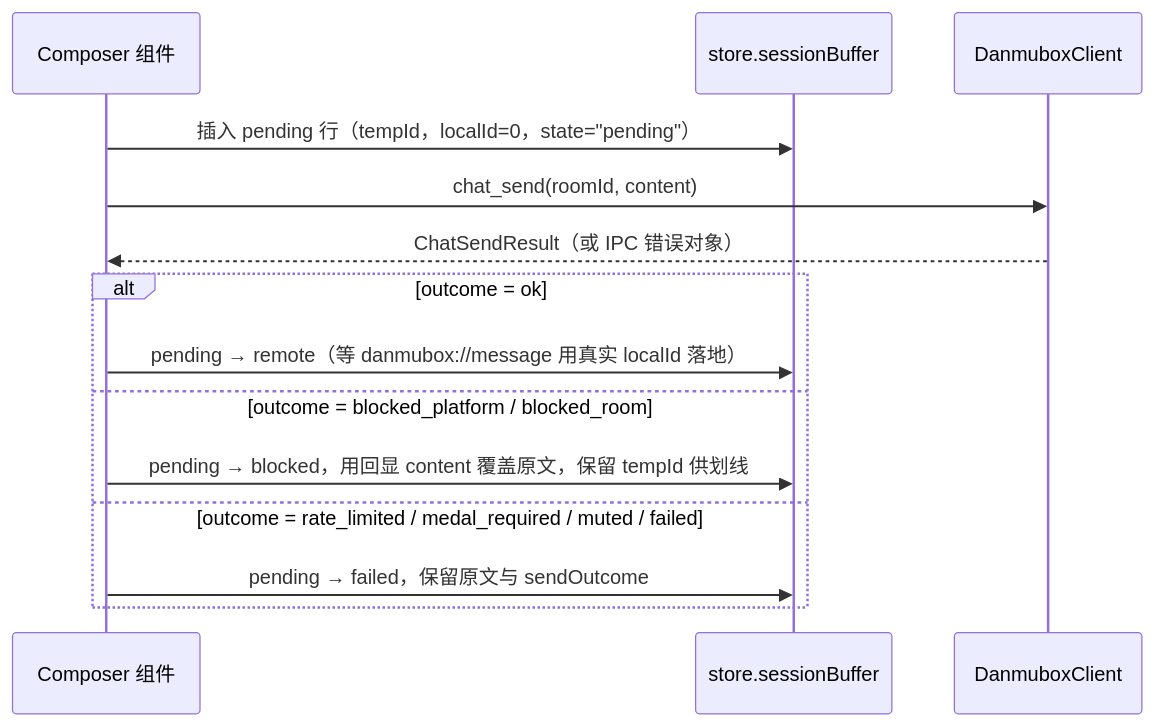
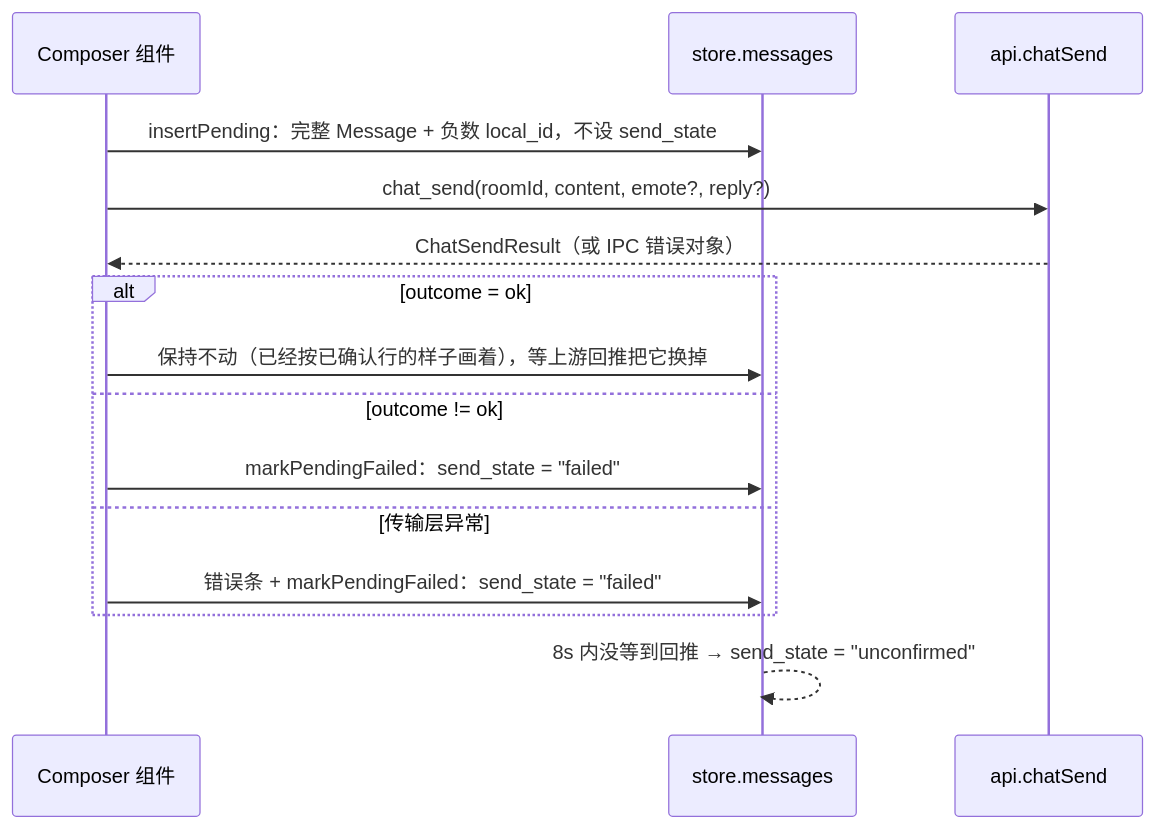
The diagram in docs/ipc.md (HakaseZ/danmubox), drawn with Mermaid before and after one commit. The commit also changed other lines of this file and 15 other files, not shown here.

````diff
--- a/docs/ipc.md
+++ b/docs/ipc.md
@@ -364,16 +455,17 @@
 ```mermaid
 sequenceDiagram
   participant C as Composer 组件
-  participant S as store.sessionBuffer
-  participant A as DanmuboxClient
-  C->>S: 插入 pending 行（tempId，localId=0，state="pending"）
-  C->>A: chat_send(roomId, content)
+  participant S as store.messages
+  participant A as api.chatSend
+  C->>S: insertPending：完整 Message + 负数 local_id，不设 send_state
+  C->>A: chat_send(roomId, content, emote?, reply?)
   A-->>C: ChatSendResult（或 IPC 错误对象）
   alt outcome = ok
-    C->>S: pending → remote（等 danmubox://message 用真实 localId 落地）
-  else outcome = blocked_platform / blocked_room
-    C->>S: pending → blocked，用回显 content 覆盖原文，保留 tempId 供划线
-  else outcome = rate_limited / medal_required / muted / failed
-    C->>S: pending → failed，保留原文与 sendOutcome
+    C->>S: 保持不动（已经按已确认行的样子画着），等上游回推把它换掉
+  else outcome != ok
+    C->>S: markPendingFailed：send_state = "failed"
+  else 传输层异常
+    C->>S: 错误条 + markPendingFailed：send_state = "failed"
   end
+  S-->>S: 8s 内没等到回推 → send_state = "unconfirmed"
 ```
````
